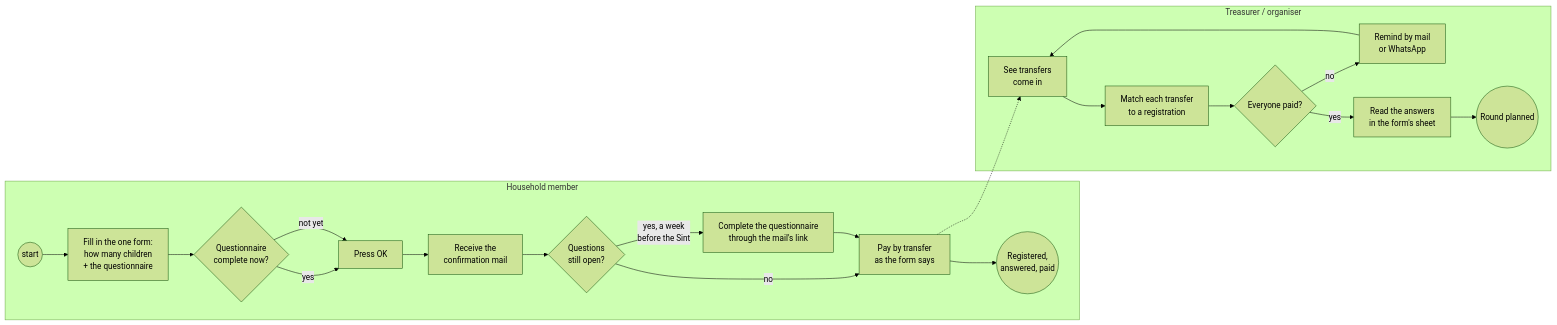
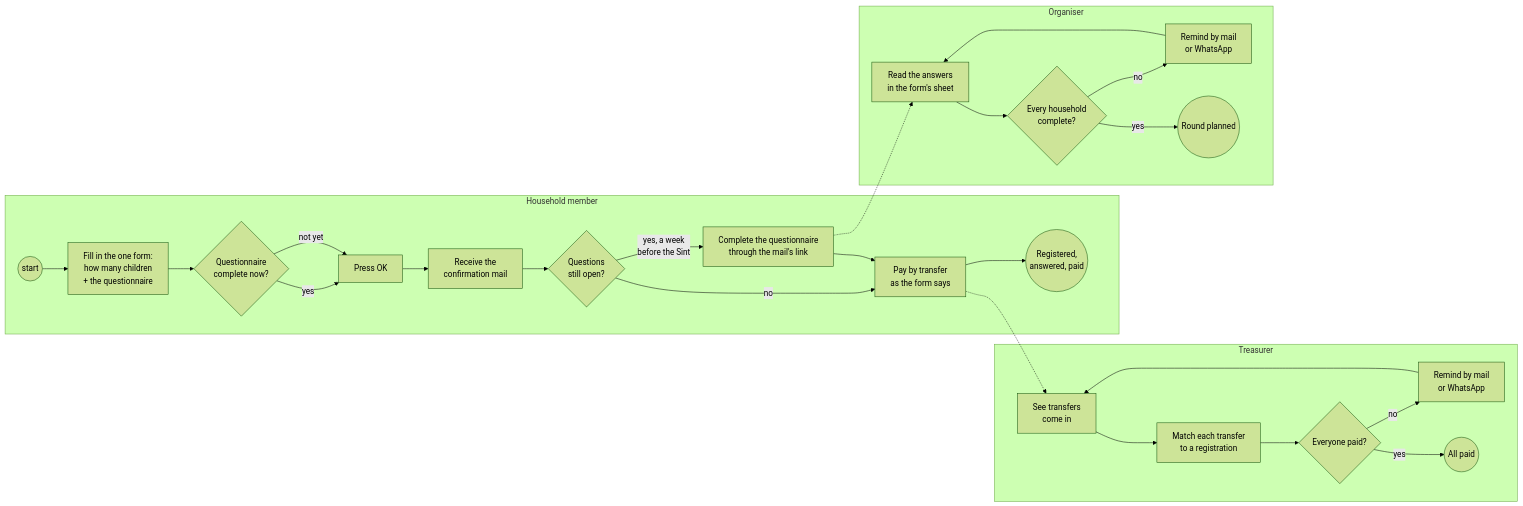
Before and after one commit to KoenRenders/KoenTest: the first of 6 diagrams in docs/change_request_14_registration_questions.md, drawn with Mermaid (forest theme). The commit also changed other lines of this file, not shown here.

First line of the commit message:
docs(cr-14): three lanes — the treasurer follows the payments, the organiser the completeness of the questionnaire (A2, A3, B2.1)

````diff
--- a/docs/change_request_14_registration_questions.md
+++ b/docs/change_request_14_registration_questions.md
@@ -30,24 +30,30 @@
 ```mermaid
 flowchart LR
   subgraph member["Household member"]
     m0((start)) --> m1[Fill in the one form:<br/>how many children<br/>+ the questionnaire]
     m1 --> m2{Questionnaire<br/>complete now?}
     m2 -- yes --> m3[Press OK]
     m2 -- not yet --> m3
     m3 --> m4[Receive the<br/>confirmation mail]
     m4 --> m5{Questions<br/>still open?}
     m5 -- yes, a week<br/>before the Sint --> m6[Complete the questionnaire<br/>through the mail's link]
     m5 -- no --> m7
     m6 --> m7[Pay by transfer<br/>as the form says]
     m7 --> m8((Registered,<br/>answered, paid))
   end
-  subgraph treasurer["Treasurer / organiser"]
+  subgraph treasurer["Treasurer"]
     t1[See transfers<br/>come in] --> t2[Match each transfer<br/>to a registration]
     t2 --> t3{Everyone paid?}
     t3 -- no --> t4[Remind by mail<br/>or WhatsApp]
     t4 --> t1
-    t3 -- yes --> t5[Read the answers<br/>in the form's sheet]
-    t5 --> t6((Round planned))
+    t3 -- yes --> t5((All paid))
+  end
+  subgraph organiser["Organiser"]
+    o1[Read the answers<br/>in the form's sheet] --> o2{Every household<br/>complete?}
+    o2 -- no --> o3[Remind by mail<br/>or WhatsApp]
+    o3 --> o1
+    o2 -- yes --> o4((Round planned))
   end
   m7 -.-> t1
+  m6 -.-> o1
 ```
````
